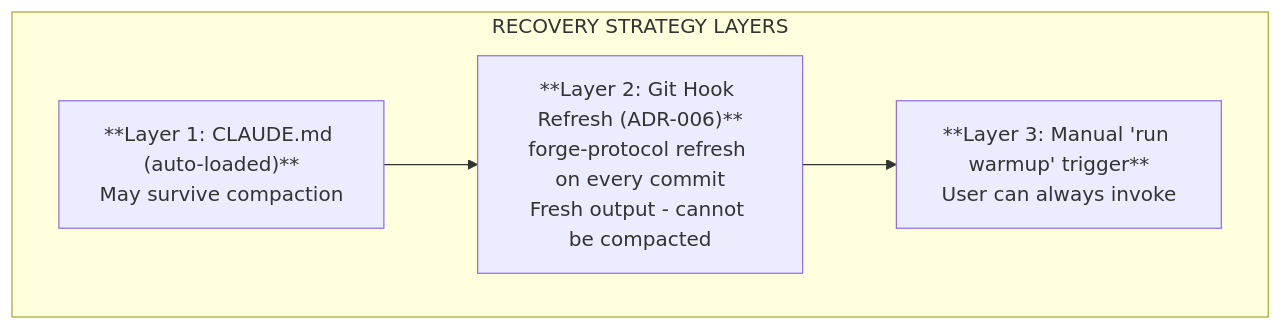
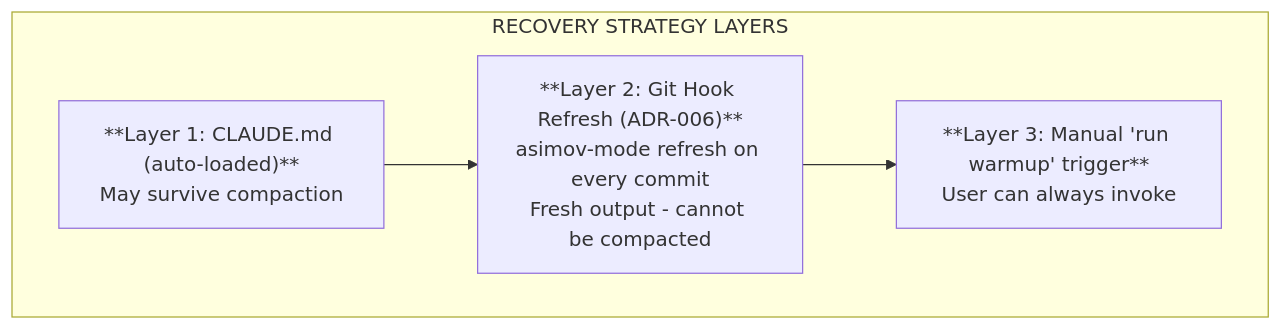
One commit to royalbit/asimov changed the third of 4 diagrams in docs/SPECIFICATION.md. Above: the diagram before and after it, drawn with Mermaid. The commit also changed other lines of this file and 53 other files, not shown here.

````diff
--- a/docs/SPECIFICATION.md
+++ b/docs/SPECIFICATION.md
@@ -852,10 +852,10 @@
 ```mermaid
 flowchart TB
     subgraph layers["RECOVERY STRATEGY LAYERS"]
         L1["**Layer 1: CLAUDE.md (auto-loaded)**<br/>May survive compaction"]
-        L2["**Layer 2: Git Hook Refresh (ADR-006)**<br/>forge-protocol refresh on every commit<br/>Fresh output - cannot be compacted"]
+        L2["**Layer 2: Git Hook Refresh (ADR-006)**<br/>asimov-mode refresh on every commit<br/>Fresh output - cannot be compacted"]
         L3["**Layer 3: Manual 'run warmup' trigger**<br/>User can always invoke"]
 
         L1 --> L2 --> L3
     end
 ```
````
